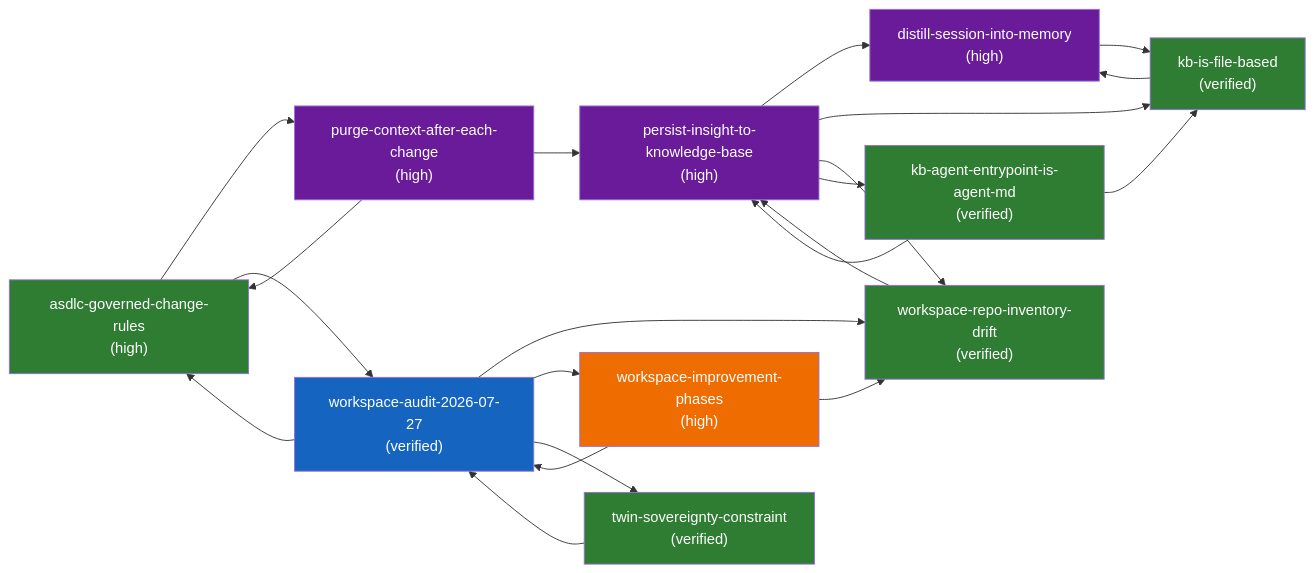
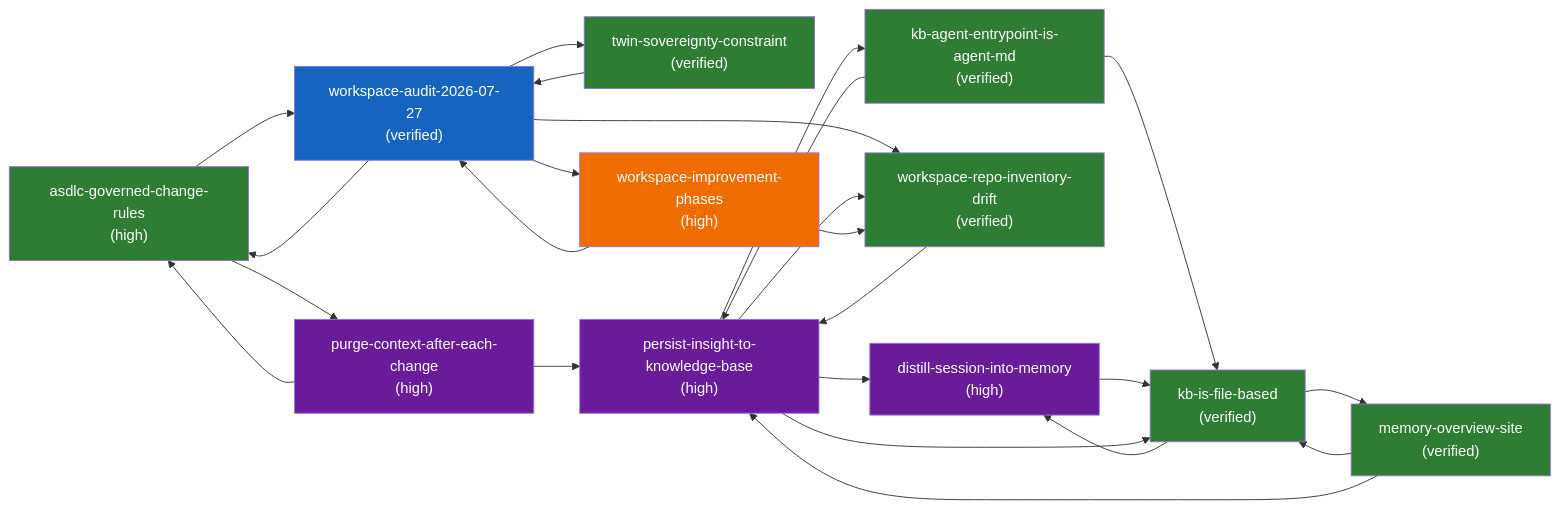
One commit to jvanheerikhuize/knowledge-base changed the diagram in .kb/generated/graph.mmd. Above: the diagram before and after it, drawn with Mermaid. The commit also changed 11 other files, not shown here.

First line of the commit message:
feat: static, self-publishing overview of the agent memory (#16)

```diff
--- a/.kb/generated/graph.mmd
+++ b/.kb/generated/graph.mmd
@@ -1,38 +1,42 @@
 flowchart LR
     classDef semantic fill:#2e7d32,color:#fff
     classDef episodic fill:#1565c0,color:#fff
     classDef procedural fill:#6a1b9a,color:#fff
     classDef working fill:#8d6e63,color:#fff
     classDef retrieval fill:#00838f,color:#fff
     classDef parametric fill:#455a64,color:#fff
     classDef prospective fill:#ef6c00,color:#fff
     n_asdlc_governed_change_rules["asdlc-governed-change-rules<br/>(high)"]:::semantic
     n_kb_agent_entrypoint_is_agent_md["kb-agent-entrypoint-is-agent-md<br/>(verified)"]:::semantic
     n_kb_is_file_based["kb-is-file-based<br/>(verified)"]:::semantic
+    n_memory_overview_site["memory-overview-site<br/>(verified)"]:::semantic
     n_twin_sovereignty_constraint["twin-sovereignty-constraint<br/>(verified)"]:::semantic
     n_workspace_repo_inventory_drift["workspace-repo-inventory-drift<br/>(verified)"]:::semantic
     n_workspace_audit_2026_07_27["workspace-audit-2026-07-27<br/>(verified)"]:::episodic
     n_distill_session_into_memory["distill-session-into-memory<br/>(high)"]:::procedural
     n_persist_insight_to_knowledge_base["persist-insight-to-knowledge-base<br/>(high)"]:::procedural
     n_purge_context_after_each_change["purge-context-after-each-change<br/>(high)"]:::procedural
     n_workspace_improvement_phases["workspace-improvement-phases<br/>(high)"]:::prospective
     n_asdlc_governed_change_rules --> n_purge_context_after_each_change
     n_asdlc_governed_change_rules --> n_workspace_audit_2026_07_27
     n_kb_agent_entrypoint_is_agent_md --> n_kb_is_file_based
     n_kb_agent_entrypoint_is_agent_md --> n_persist_insight_to_knowledge_base
     n_kb_is_file_based --> n_distill_session_into_memory
+    n_kb_is_file_based --> n_memory_overview_site
+    n_memory_overview_site --> n_kb_is_file_based
+    n_memory_overview_site --> n_persist_insight_to_knowledge_base
     n_twin_sovereignty_constraint --> n_workspace_audit_2026_07_27
     n_workspace_repo_inventory_drift --> n_persist_insight_to_knowledge_base
     n_workspace_audit_2026_07_27 --> n_workspace_repo_inventory_drift
     n_workspace_audit_2026_07_27 --> n_workspace_improvement_phases
     n_workspace_audit_2026_07_27 --> n_twin_sovereignty_constraint
     n_workspace_audit_2026_07_27 --> n_asdlc_governed_change_rules
     n_distill_session_into_memory --> n_kb_is_file_based
     n_persist_insight_to_knowledge_base --> n_distill_session_into_memory
     n_persist_insight_to_knowledge_base --> n_kb_is_file_based
     n_persist_insight_to_knowledge_base --> n_workspace_repo_inventory_drift
     n_persist_insight_to_knowledge_base --> n_kb_agent_entrypoint_is_agent_md
     n_purge_context_after_each_change --> n_persist_insight_to_knowledge_base
     n_purge_context_after_each_change --> n_asdlc_governed_change_rules
     n_workspace_improvement_phases --> n_workspace_audit_2026_07_27
     n_workspace_improvement_phases --> n_workspace_repo_inventory_drift
```
